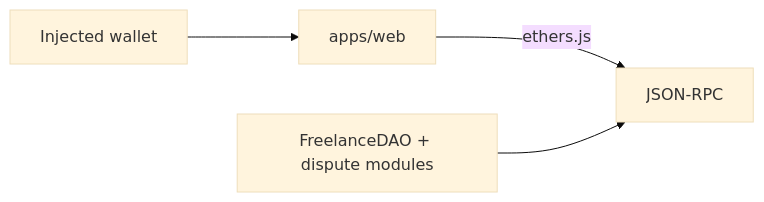
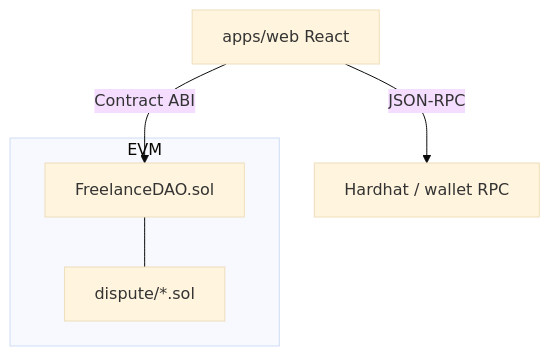
One commit to Aneesh495/lancechain changed the diagram in README.md. Above: the diagram before and after it, drawn with Mermaid (base theme). The commit also changed other lines of this file, not shown here.

Commit message:
Detail escrow lifecycle, contract deployment, and local RPC configuration

````diff
--- a/README.md
+++ b/README.md
@@ -8,6 +18,10 @@
 ```mermaid
-flowchart LR
-  Wallet[Injected wallet] --> Web[apps/web]
-  Web -->|ethers.js| RPC[JSON-RPC]
-  Contracts[FreelanceDAO + dispute modules] --> RPC
+flowchart TB
+  subgraph chain [EVM]
+    DAO[FreelanceDAO.sol]
+    DIS[dispute/*.sol]
+  end
+  Web[apps/web React] -->|JSON-RPC| RPC[Hardhat / wallet RPC]
+  Web -->|Contract ABI| DAO
+  DAO --- DIS
 ```
````
